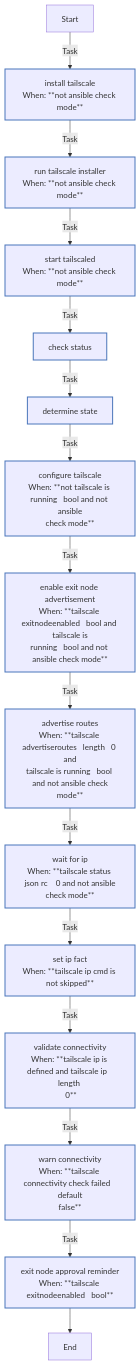
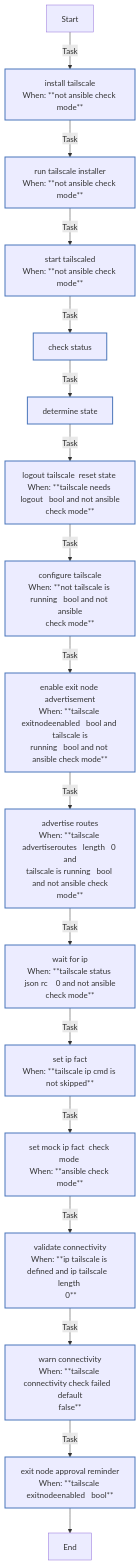
Before and after one commit to rou-cru/k3s-homelab: the diagram in roles/tailscale/README.md, drawn with Mermaid. The commit also changed other lines of this file and 41 other files, not shown here.

````diff
--- a/roles/tailscale/README.md
+++ b/roles/tailscale/README.md
@@ -137,27 +133,29 @@
 ```mermaid
 flowchart TD
 Start
 classDef block stroke:#3498db,stroke-width:2px;
 classDef task stroke:#4b76bb,stroke-width:2px;
 classDef includeTasks stroke:#16a085,stroke-width:2px;
 classDef importTasks stroke:#34495e,stroke-width:2px;
 classDef includeRole stroke:#2980b9,stroke-width:2px;
 classDef importRole stroke:#699ba7,stroke-width:2px;
 classDef includeVars stroke:#8e44ad,stroke-width:2px;
 classDef rescue stroke:#665352,stroke-width:2px;
 
   Start-->|Task| Install_Tailscale0[install tailscale<br>When: **not ansible check mode**]:::task
   Install_Tailscale0-->|Task| Run_Tailscale_installer1[run tailscale installer<br>When: **not ansible check mode**]:::task
   Run_Tailscale_installer1-->|Task| Start_tailscaled2[start tailscaled<br>When: **not ansible check mode**]:::task
   Start_tailscaled2-->|Task| Check_status3[check status]:::task
   Check_status3-->|Task| Determine_state4[determine state]:::task
-  Determine_state4-->|Task| Configure_Tailscale5[configure tailscale<br>When: **not tailscale is running   bool and not ansible<br>check mode**]:::task
-  Configure_Tailscale5-->|Task| Enable_exit_node_advertisement6[enable exit node advertisement<br>When: **tailscale exitnodeenabled   bool and tailscale is<br>running   bool and not ansible check mode**]:::task
-  Enable_exit_node_advertisement6-->|Task| Advertise_routes7[advertise routes<br>When: **tailscale advertiseroutes   length   0 and<br>tailscale is running   bool and not ansible check<br>mode**]:::task
-  Advertise_routes7-->|Task| Wait_for_IP8[wait for ip<br>When: **tailscale status json rc    0 and not ansible<br>check mode**]:::task
-  Wait_for_IP8-->|Task| Set_IP_fact9[set ip fact<br>When: **tailscale ip cmd is not skipped**]:::task
-  Set_IP_fact9-->|Task| Validate_connectivity10[validate connectivity<br>When: **tailscale ip is defined and tailscale ip   length <br> 0**]:::task
-  Validate_connectivity10-->|Task| Warn_connectivity11[warn connectivity<br>When: **tailscale connectivity check failed   default<br>false**]:::task
-  Warn_connectivity11-->|Task| Exit_node_approval_reminder12[exit node approval reminder<br>When: **tailscale exitnodeenabled   bool**]:::task
-  Exit_node_approval_reminder12-->End
+  Determine_state4-->|Task| Logout_Tailscale__reset_state_5[logout tailscale  reset state <br>When: **tailscale needs logout   bool and not ansible<br>check mode**]:::task
+  Logout_Tailscale__reset_state_5-->|Task| Configure_Tailscale6[configure tailscale<br>When: **not tailscale is running   bool and not ansible<br>check mode**]:::task
+  Configure_Tailscale6-->|Task| Enable_exit_node_advertisement7[enable exit node advertisement<br>When: **tailscale exitnodeenabled   bool and tailscale is<br>running   bool and not ansible check mode**]:::task
+  Enable_exit_node_advertisement7-->|Task| Advertise_routes8[advertise routes<br>When: **tailscale advertiseroutes   length   0 and<br>tailscale is running   bool and not ansible check<br>mode**]:::task
+  Advertise_routes8-->|Task| Wait_for_IP9[wait for ip<br>When: **tailscale status json rc    0 and not ansible<br>check mode**]:::task
+  Wait_for_IP9-->|Task| Set_IP_fact10[set ip fact<br>When: **tailscale ip cmd is not skipped**]:::task
+  Set_IP_fact10-->|Task| Set_mock_IP_fact__check_mode_11[set mock ip fact  check mode <br>When: **ansible check mode**]:::task
+  Set_mock_IP_fact__check_mode_11-->|Task| Validate_connectivity12[validate connectivity<br>When: **ip tailscale is defined and ip tailscale   length <br> 0**]:::task
+  Validate_connectivity12-->|Task| Warn_connectivity13[warn connectivity<br>When: **tailscale connectivity check failed   default<br>false**]:::task
+  Warn_connectivity13-->|Task| Exit_node_approval_reminder14[exit node approval reminder<br>When: **tailscale exitnodeenabled   bool**]:::task
+  Exit_node_approval_reminder14-->End
 ```
````
